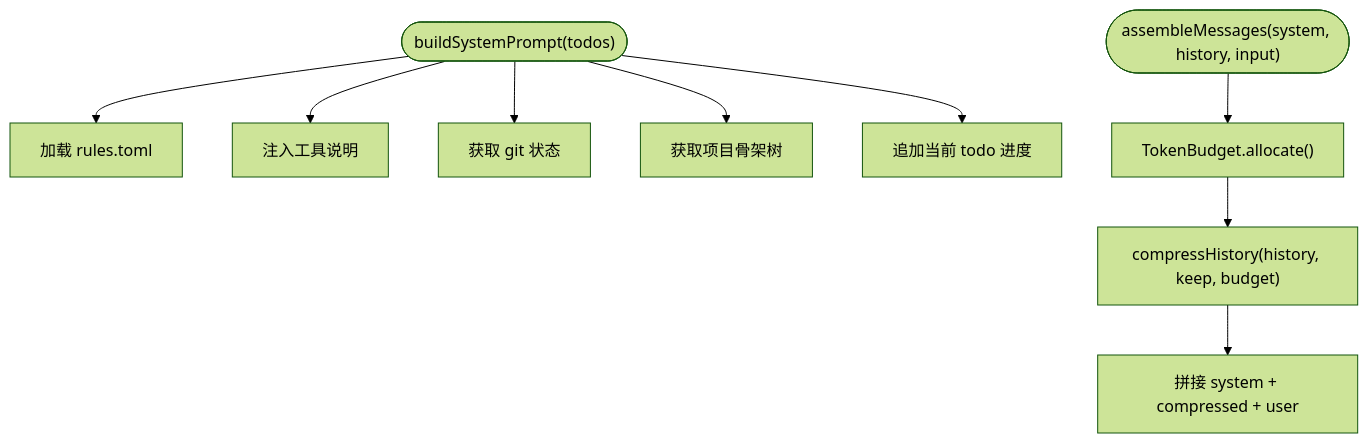
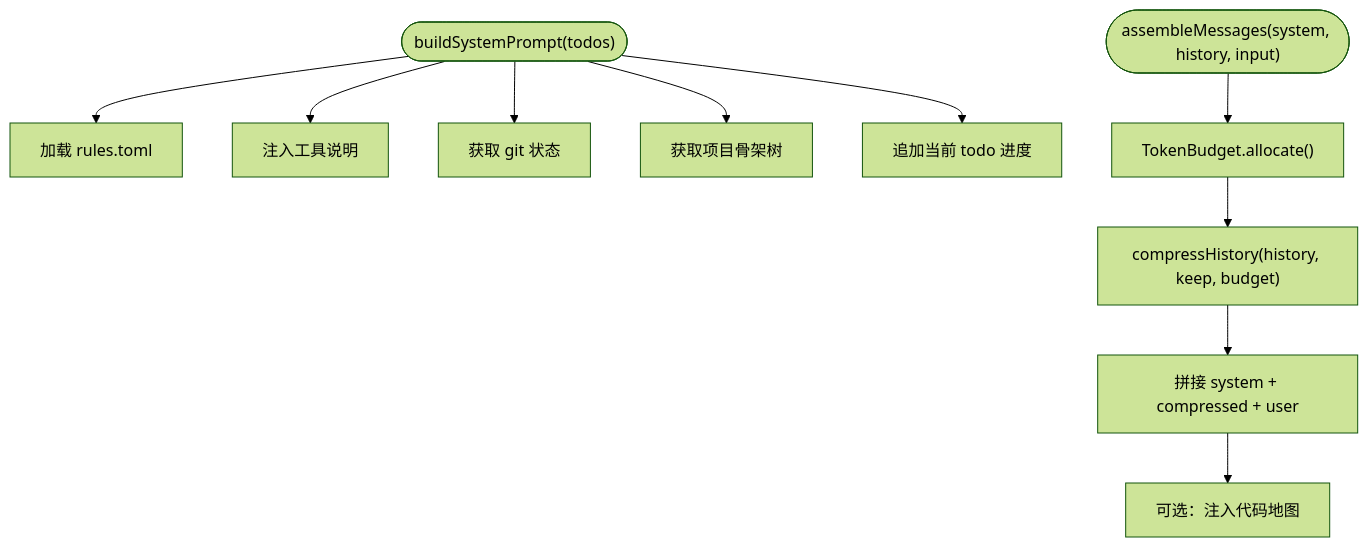
Before and after one commit to matter000/Nexus: the seventh of 10 diagrams in .qoder/repowiki/zh/content/项目概述/架构概览.md, drawn with Mermaid (forest theme). The commit also changed other lines of this file and 64 other files, not shown here.

````diff
--- a/.qoder/repowiki/zh/content/项目概述/架构概览.md
+++ b/.qoder/repowiki/zh/content/项目概述/架构概览.md
@@ -280,11 +353,12 @@
 ```mermaid
 flowchart TD
 S(["buildSystemPrompt(todos)"]) --> Rules["加载 rules.toml"]
 S --> ToolsDesc["注入工具说明"]
 S --> Git["获取 git 状态"]
 S --> Tree["获取项目骨架树"]
 S --> Todos["追加当前 todo 进度"]
 A(["assembleMessages(system, history, input)"]) --> Budget["TokenBudget.allocate()"]
 Budget --> Compress["compressHistory(history, keep, budget)"]
 Compress --> Assemble["拼接 system + compressed + user"]
+Assemble --> CodeMap["可选：注入代码地图"]
 ```
````
